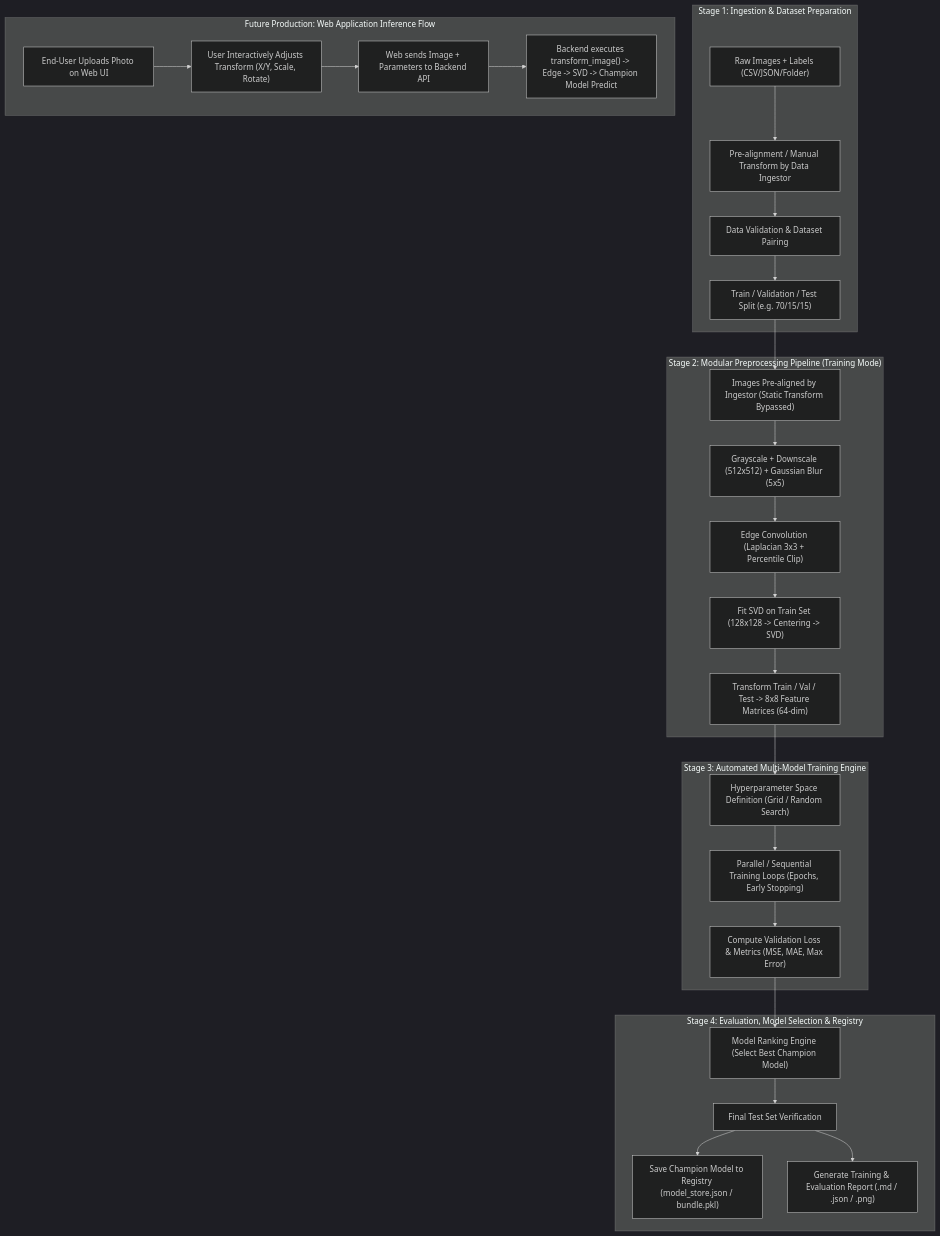
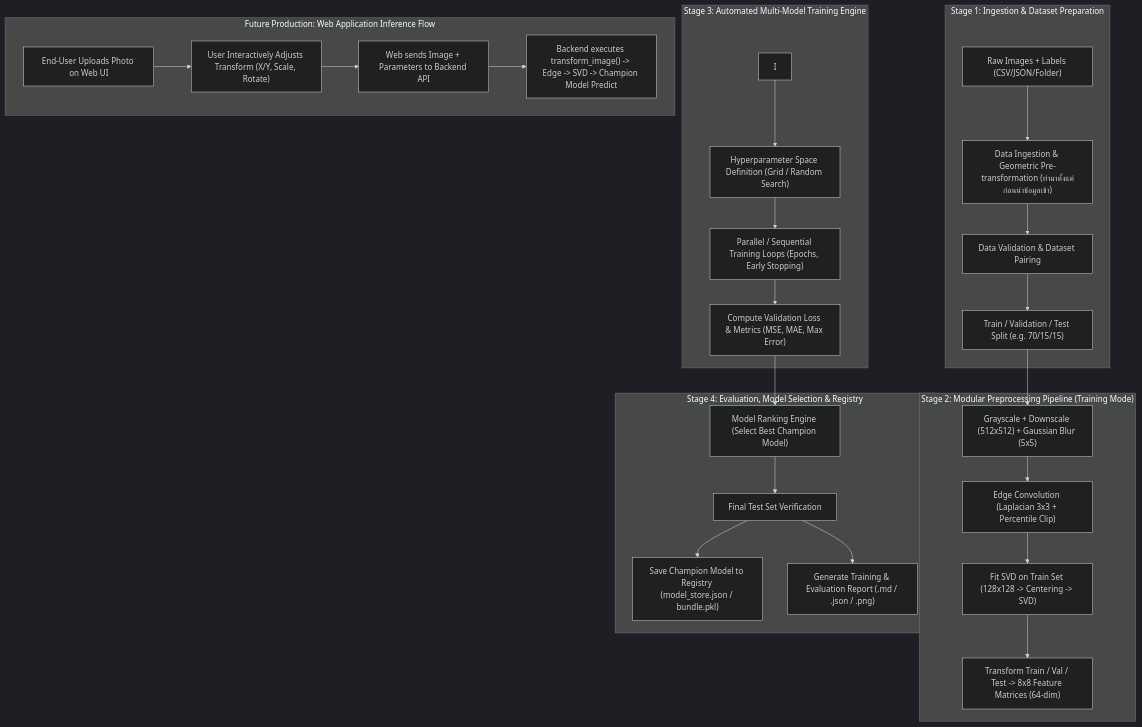
The diagram in documents/auto_training_pipeline_design.md (crystalcyclone19/parcel-box-counter), drawn with Mermaid (dark theme) before and after one commit. The commit also changed 5 other files, not shown here.

Commit message:
merge geometric transform into data_ingeestion process

````diff
--- a/documents/auto_training_pipeline_design.md
+++ b/documents/auto_training_pipeline_design.md
@@ -20,35 +20,34 @@
 ```mermaid
 flowchart TD
     subgraph S1["Stage 1: Ingestion & Dataset Preparation"]
-        A["Raw Images + Labels (CSV/JSON/Folder)"] --> B["Pre-alignment / Manual Transform by Data Ingestor"]
+        A["Raw Images + Labels (CSV/JSON/Folder)"] --> B["Data Ingestion & Geometric Pre-transformation (ทำมาตั้งแต่ก่อนนำข้อมูลเข้า)"]
         B --> C["Data Validation & Dataset Pairing"]
         C --> D["Train / Validation / Test Split (e.g. 70/15/15)"]
     end
 
     subgraph S2["Stage 2: Modular Preprocessing Pipeline (Training Mode)"]
-        D --> E["Images Pre-aligned by Ingestor (Static Transform Bypassed)"]
-        E --> F["Grayscale + Downscale (512x512) + Gaussian Blur (5x5)"]
-        F --> G["Edge Convolution (Laplacian 3x3 + Percentile Clip)"]
-        G --> H["Fit SVD on Train Set (128x128 -> Centering -> SVD)"]
-        H --> I["Transform Train / Val / Test -> 8x8 Feature Matrices (64-dim)"]
+        D --> E["Grayscale + Downscale (512x512) + Gaussian Blur (5x5)"]
+        E --> F["Edge Convolution (Laplacian 3x3 + Percentile Clip)"]
+        F --> G["Fit SVD on Train Set (128x128 -> Centering -> SVD)"]
+        G --> H["Transform Train / Val / Test -> 8x8 Feature Matrices (64-dim)"]
     end
 
     subgraph S3["Stage 3: Automated Multi-Model Training Engine"]
         I --> J["Hyperparameter Space Definition (Grid / Random Search)"]
         J --> K["Parallel / Sequential Training Loops (Epochs, Early Stopping)"]
         K --> L["Compute Validation Loss & Metrics (MSE, MAE, Max Error)"]
     end
 
     subgraph S4["Stage 4: Evaluation, Model Selection & Registry"]
         L --> M["Model Ranking Engine (Select Best Champion Model)"]
         M --> N["Final Test Set Verification"]
         N --> O["Save Champion Model to Registry (model_store.json / bundle.pkl)"]
         N --> P["Generate Training & Evaluation Report (.md / .json / .png)"]
     end
 
     subgraph S5["Future Production: Web Application Inference Flow"]
         Q["End-User Uploads Photo on Web UI"] --> R["User Interactively Adjusts Transform (X/Y, Scale, Rotate)"]
         R --> S["Web sends Image + Parameters to Backend API"]
         S --> T["Backend executes transform_image() -> Edge -> SVD -> Champion Model Predict"]
     end
 ```
````
